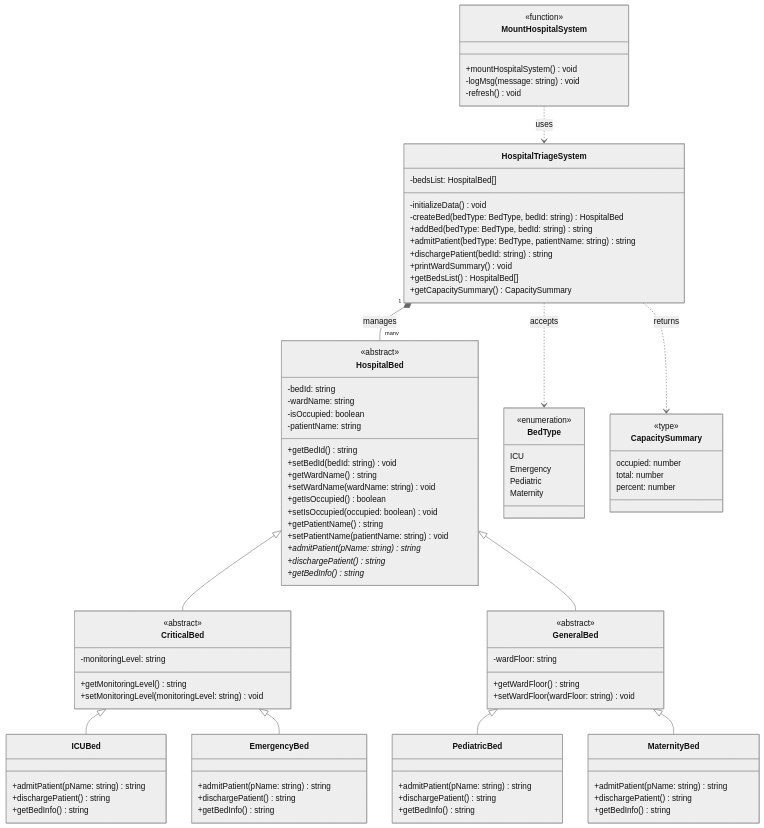
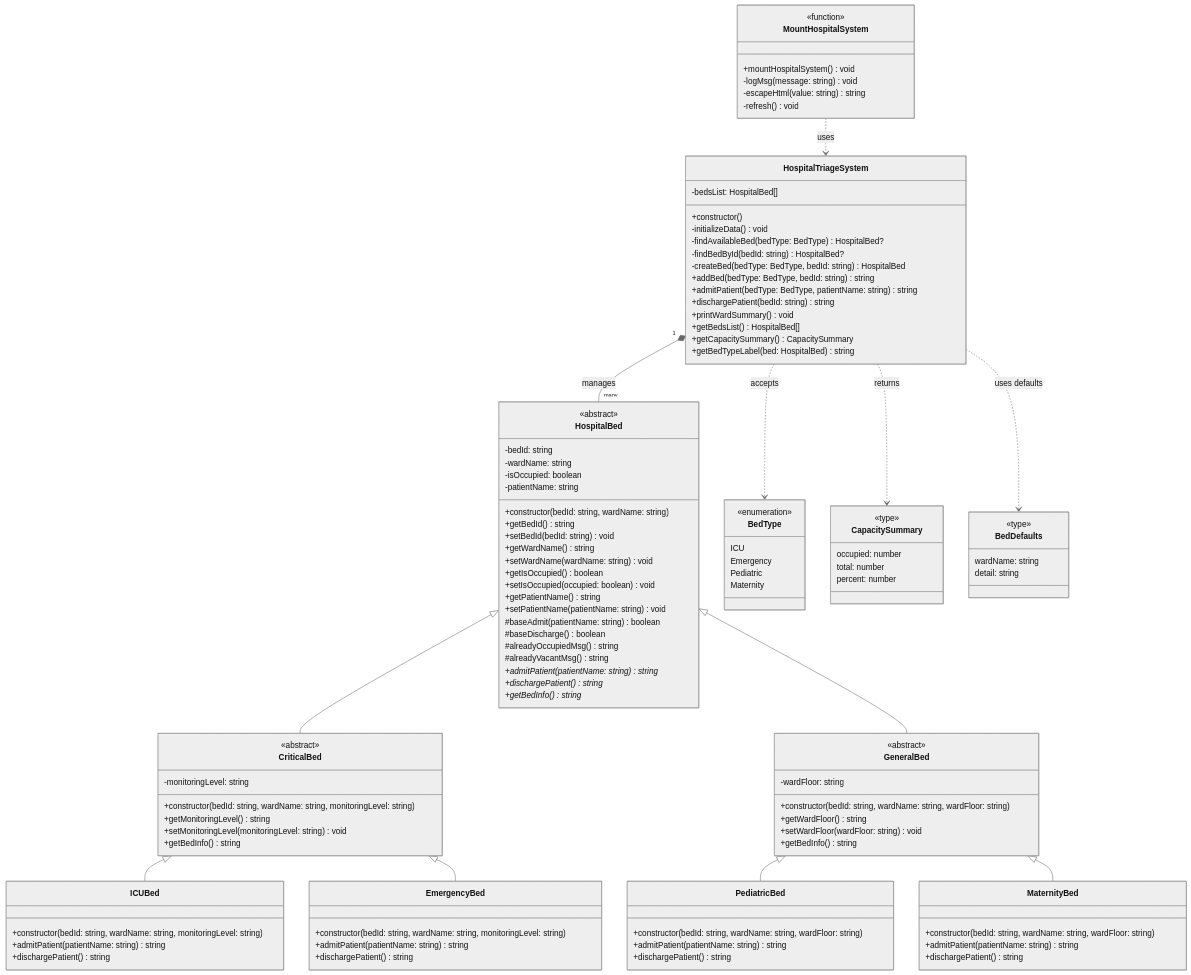
The diagram in UML.md (ohimeee/Hospital-Bed-Patient-Triage-System), drawn with Mermaid (neutral theme) before and after one commit. The commit also changed other lines of this file and 2 other files, not shown here.

Commit message:
uml changes

````diff
--- a/UML.md
+++ b/UML.md
@@ -18,6 +18,7 @@
         -wardName: string
         -isOccupied: boolean
         -patientName: string
+        +constructor(bedId: string, wardName: string)
         +getBedId() string
         +setBedId(bedId: string) void
         +getWardName() string
@@ -26,7 +27,11 @@
         +setIsOccupied(occupied: boolean) void
         +getPatientName() string
         +setPatientName(patientName: string) void
-        +admitPatient(pName: string)* string
+        #baseAdmit(patientName: string) boolean
+        #baseDischarge() boolean
+        #alreadyOccupiedMsg() string
+        #alreadyVacantMsg() string
+        +admitPatient(patientName: string)* string
         +dischargePatient()* string
         +getBedInfo()* string
     }
@@ -34,44 +39,51 @@
     class CriticalBed {
         <<abstract>>
         -monitoringLevel: string
+        +constructor(bedId: string, wardName: string, monitoringLevel: string)
         +getMonitoringLevel() string
         +setMonitoringLevel(monitoringLevel: string) void
+        +getBedInfo() string
     }
 
     class GeneralBed {
         <<abstract>>
         -wardFloor: string
+        +constructor(bedId: string, wardName: string, wardFloor: string)
         +getWardFloor() string
         +setWardFloor(wardFloor: string) void
+        +getBedInfo() string
     }
 
     class ICUBed {
-        +admitPatient(pName: string) string
+        +constructor(bedId: string, wardName: string, monitoringLevel: string)
+        +admitPatient(patientName: string) string
         +dischargePatient() string
-        +getBedInfo() string
     }
 
     class EmergencyBed {
-        +admitPatient(pName: string) string
+        +constructor(bedId: string, wardName: string, monitoringLevel: string)
+        +admitPatient(patientName: string) string
         +dischargePatient() string
-        +getBedInfo() string
     }
 
     class PediatricBed {
-        +admitPatient(pName: string) string
+        +constructor(bedId: string, wardName: string, wardFloor: string)
+        +admitPatient(patientName: string) string
         +dischargePatient() string
-        +getBedInfo() string
     }
 
     class MaternityBed {
-        +admitPatient(pName: string) string
+        +constructor(bedId: string, wardName: string, wardFloor: string)
+        +admitPatient(patientName: string) string
         +dischargePatient() string
-        +getBedInfo() string
     }
 
     class HospitalTriageSystem {
         -bedsList: HospitalBed[]
+        +constructor()
         -initializeData() void
+        -findAvailableBed(bedType: BedType) HospitalBed?
+        -findBedById(bedId: string) HospitalBed?
         -createBed(bedType: BedType, bedId: string) HospitalBed
         +addBed(bedType: BedType, bedId: string) string
         +admitPatient(bedType: BedType, patientName: string) string
@@ -79,12 +91,14 @@
         +printWardSummary() void
         +getBedsList() HospitalBed[]
         +getCapacitySummary() CapacitySummary
+        +getBedTypeLabel(bed: HospitalBed) string
     }
 
     class MountHospitalSystem {
         <<function>>
         +mountHospitalSystem() void
         -logMsg(message: string) void
+        -escapeHtml(value: string) string
         -refresh() void
     }
 
@@ -103,6 +117,12 @@
         percent: number
     }
 
+    class BedDefaults {
+        <<type>>
+        wardName: string
+        detail: string
+    }
+
     HospitalBed <|-- CriticalBed
     HospitalBed <|-- GeneralBed
     CriticalBed <|-- ICUBed
@@ -114,4 +134,5 @@
     MountHospitalSystem ..> HospitalTriageSystem : uses
     HospitalTriageSystem ..> BedType : accepts
     HospitalTriageSystem ..> CapacitySummary : returns
+    HospitalTriageSystem ..> BedDefaults : uses defaults
 ```
````
